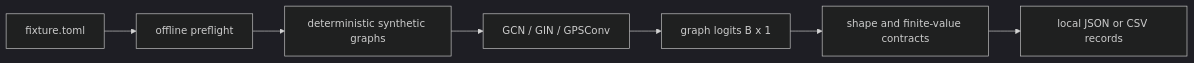
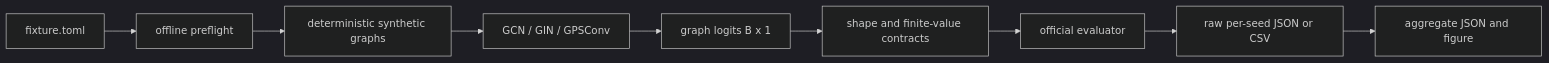
One commit to ajinkya-awari/graphgps-upgrade changed the diagram in README.md. Above: the diagram before and after it, drawn with Mermaid (dark theme). The commit also changed other lines of this file and 20 other files, not shown here.

````diff
--- a/README.md
+++ b/README.md
@@ -11,9 +11,11 @@
 ```mermaid
 flowchart LR
     A[fixture.toml] --> B[offline preflight]
     B --> C[deterministic synthetic graphs]
     C --> D[GCN / GIN / GPSConv]
     D --> E[graph logits B x 1]
     E --> F[shape and finite-value contracts]
-    F --> G[local JSON or CSV records]
+    F --> G[official evaluator]
+    G --> H[raw per-seed JSON or CSV]
+    H --> I[aggregate JSON and figure]
 ```
````
